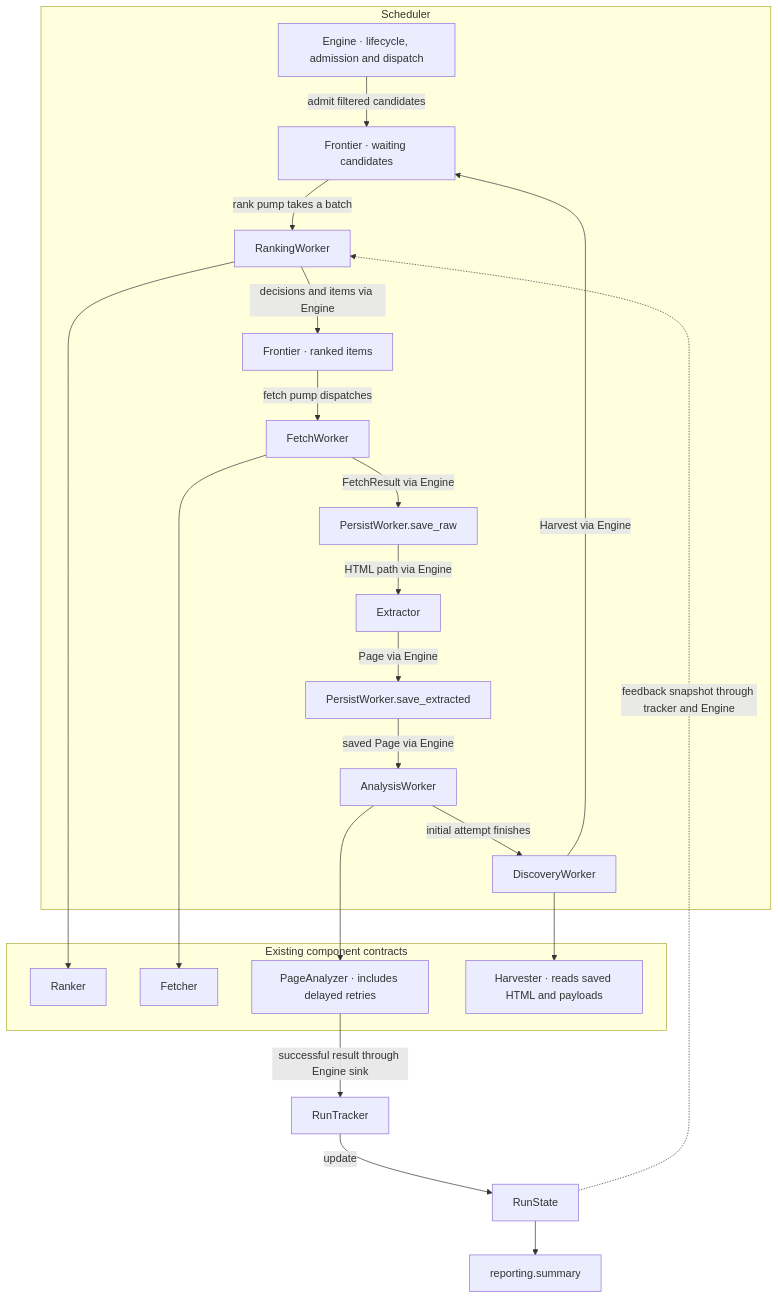
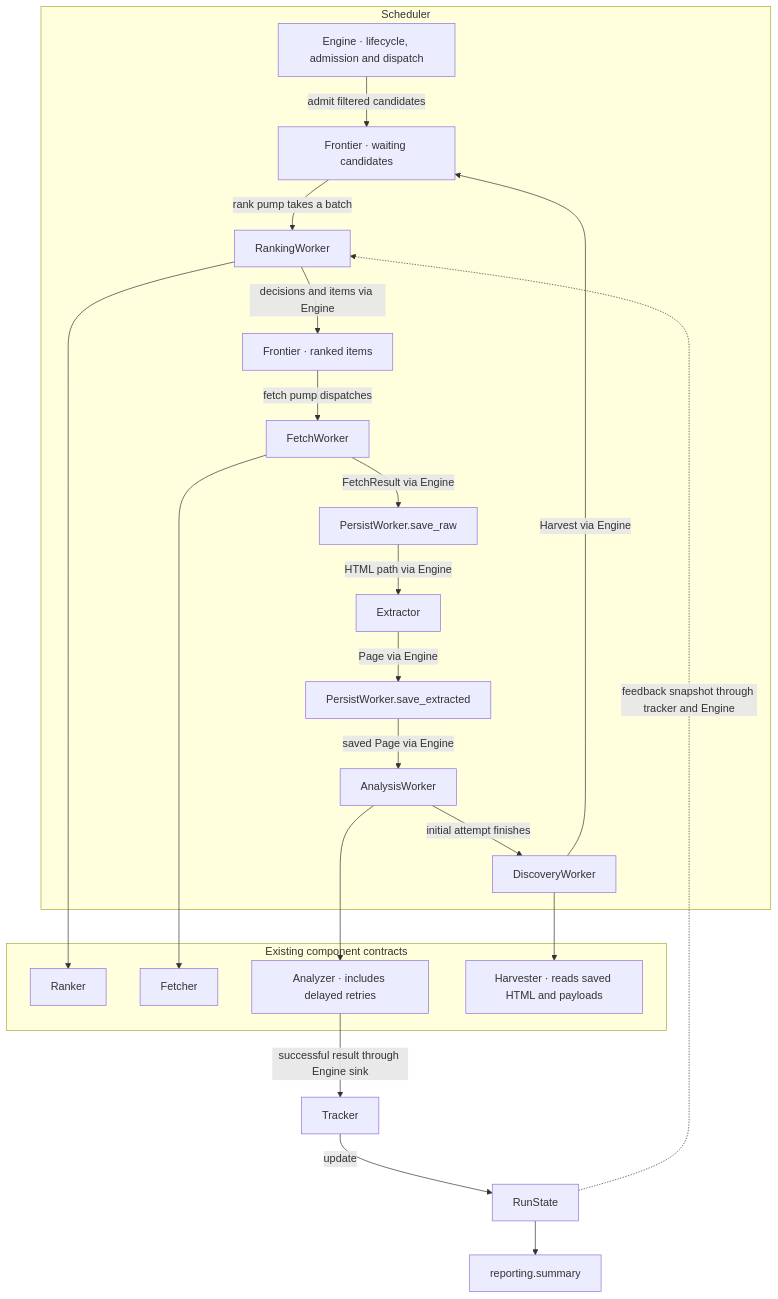
Before and after one commit to shixuan/crawl-me-maybe: the diagram in docs/engine-refactor.md, drawn with Mermaid. The commit also changed other lines of this file and 95 other files, not shown here.

````diff
--- a/docs/engine-refactor.md
+++ b/docs/engine-refactor.md
@@ -49,32 +48,32 @@
 ```mermaid
 flowchart TB
     subgraph scheduler["Scheduler"]
         engine["Engine · lifecycle, admission and dispatch"]
         buffer["Frontier · waiting candidates"]
         queue["Frontier · ranked items"]
         engine -->|admit filtered candidates| buffer
         buffer -->|rank pump takes a batch| rank["RankingWorker"]
         rank -->|decisions and items via Engine| queue
         queue -->|fetch pump dispatches| fetch["FetchWorker"]
         fetch -->|FetchResult via Engine| raw["PersistWorker.save_raw"]
         raw -->|HTML path via Engine| extract["Extractor"]
         extract -->|Page via Engine| saved["PersistWorker.save_extracted"]
         saved -->|saved Page via Engine| analysis["AnalysisWorker"]
         analysis -->|initial attempt finishes| discovery["DiscoveryWorker"]
         discovery -->|Harvest via Engine| buffer
     end
     subgraph components["Existing component contracts"]
         ranker["Ranker"]
         fetcher["Fetcher"]
-        analyzer["PageAnalyzer · includes delayed retries"]
+        analyzer["Analyzer · includes delayed retries"]
         harvester["Harvester · reads saved HTML and payloads"]
     end
     rank --> ranker
     fetch --> fetcher
     analysis --> analyzer
     discovery --> harvester
-    analyzer -->|successful result through Engine sink| tracker["RunTracker"]
+    analyzer -->|successful result through Engine sink| tracker["Tracker"]
     tracker -->|update| state["RunState"]
     state -. feedback snapshot through tracker and Engine .-> rank
     state --> reporting["reporting.summary"]
 ```
````
